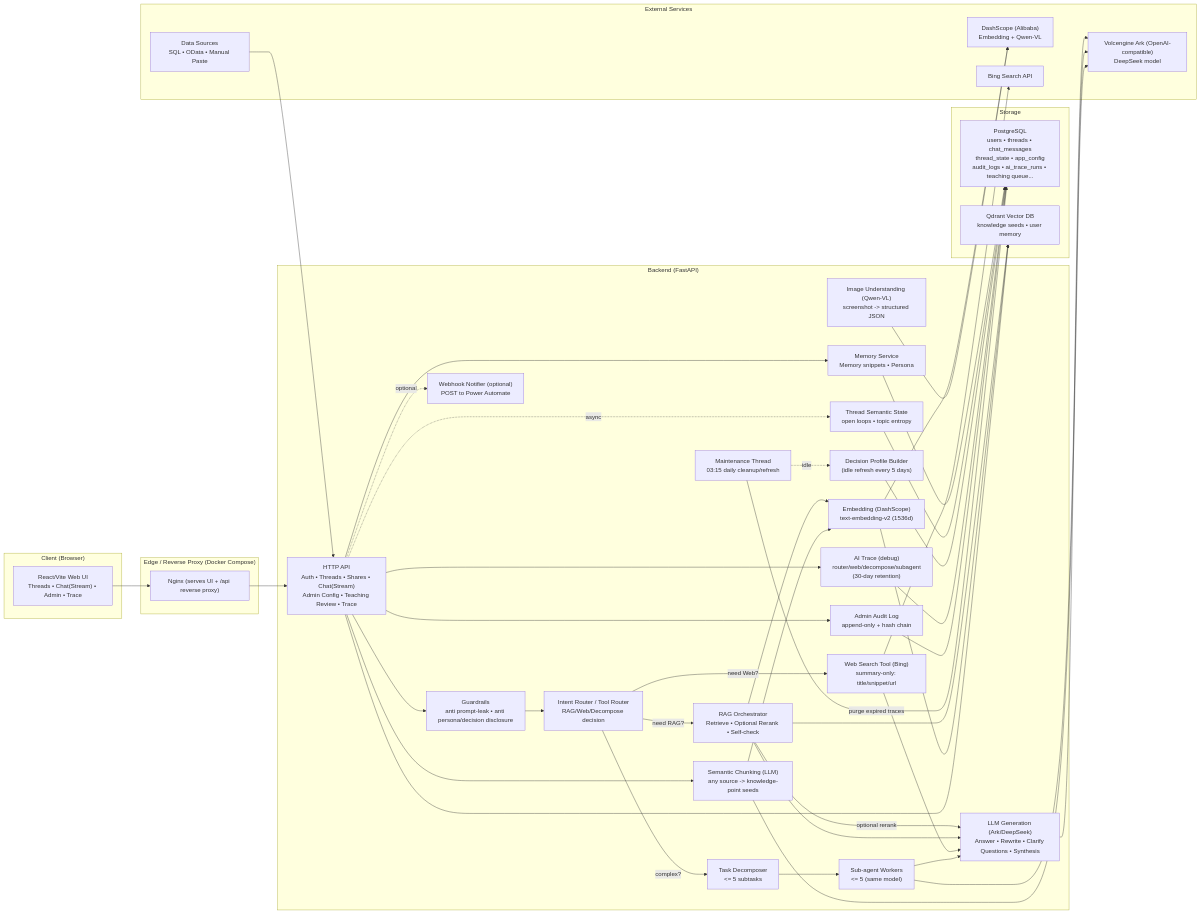
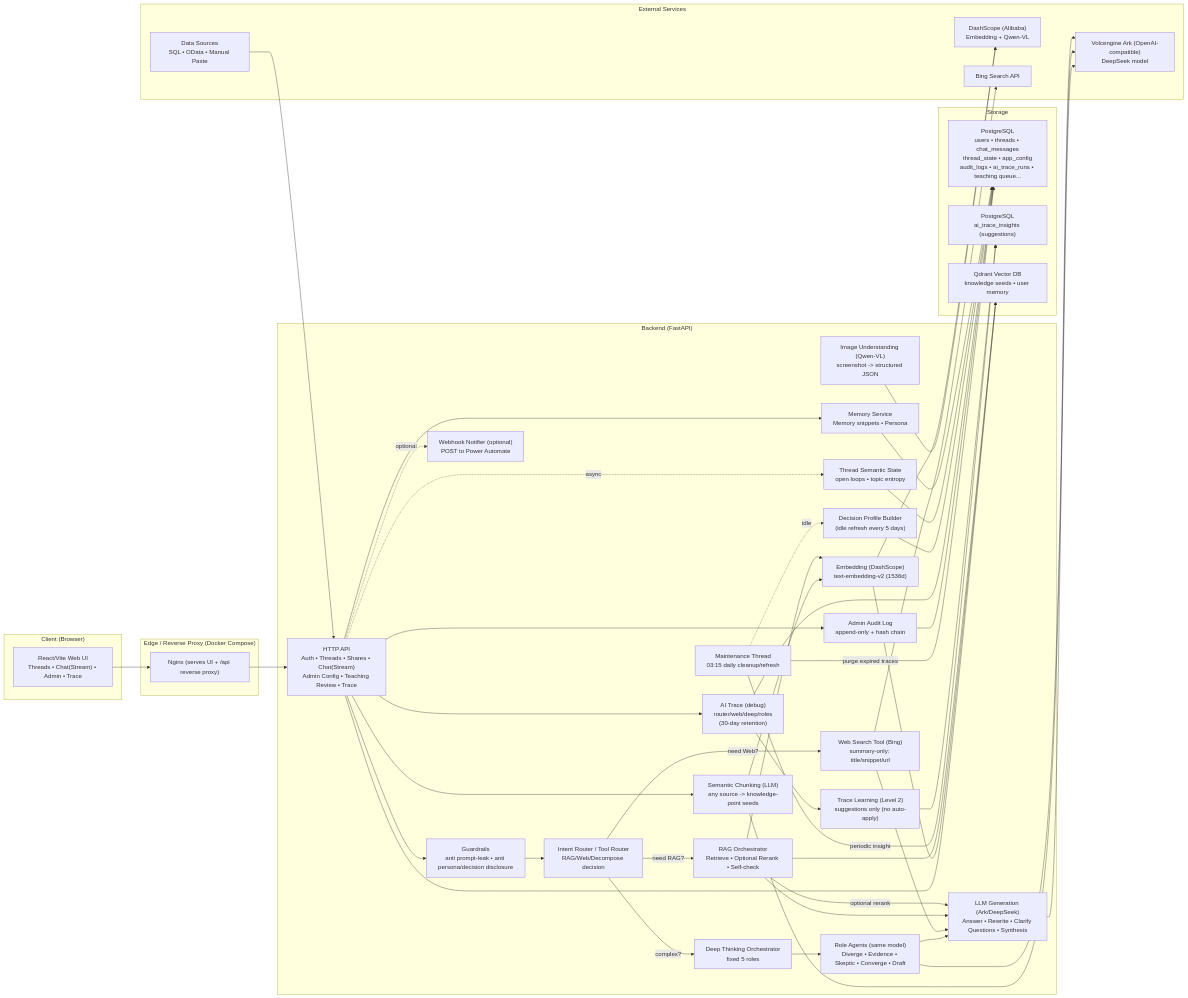
Before and after one commit to isaaciaac/TeamMember: the diagram in README.md, drawn with Mermaid. The commit also changed other lines of this file and 9 other files, not shown here.

Commit message:
feat: deep thinking roles, streaming status, trace insights

```diff
--- a/README.md
+++ b/README.md
@@ -146,8 +163,8 @@
     Guards["Guardrails<br/>anti prompt-leak • anti persona/decision disclosure"]
 
     Router["Intent Router / Tool Router<br/>RAG/Web/Decompose decision"]
-    Decomp["Task Decomposer<br/><= 5 subtasks"]
-    SubAgents["Sub-agent Workers<br/><= 5 (same model)"]
+    Decomp["Deep Thinking Orchestrator<br/>fixed 5 roles"]
+    SubAgents["Role Agents (same model)<br/>Diverge • Evidence • Skeptic • Converge • Draft"]
 
     Rag["RAG Orchestrator<br/>Retrieve • Optional Rerank • Self-check"]
     Web["Web Search Tool (Bing)<br/>summary-only: title/snippet/url"]
@@ -160,7 +177,8 @@
     Vision["Image Understanding (Qwen-VL)<br/>screenshot -> structured JSON"]
     Embed["Embedding (DashScope)<br/>text-embedding-v2 (1536d)"]
 
-    Trace["AI Trace (debug)<br/>router/web/decompose/subagent<br/>(30-day retention)"]
+    Trace["AI Trace (debug)<br/>router/web/deep/roles<br/>(30-day retention)"]
+    Learn["Trace Learning (Level 2)<br/>suggestions only (no auto-apply)"]
     Audit["Admin Audit Log<br/>append-only + hash chain"]
     Maint["Maintenance Thread<br/>03:15 daily cleanup/refresh"]
     Notify["Webhook Notifier (optional)<br/>POST to Power Automate"]
@@ -168,6 +186,7 @@
 
   subgraph Storage["Storage"]
     PG["PostgreSQL<br/>users • threads • chat_messages<br/>thread_state • app_config<br/>audit_logs • ai_trace_runs • teaching queue..."]
+    PG2["PostgreSQL<br/>ai_trace_insights (suggestions)"]
     Qdrant["Qdrant Vector DB<br/>knowledge seeds • user memory"]
   end
 
@@ -200,8 +219,10 @@
 
   %% Trace & audit
   API --> Trace --> PG
+  Trace --> Learn --> PG2
   API --> Audit --> PG
   Maint -->|purge expired traces| PG
+  Maint -->|periodic insight| PG2
 
   %% Knowledge ingestion
   Sources --> API --> Chunker --> Ark
```
